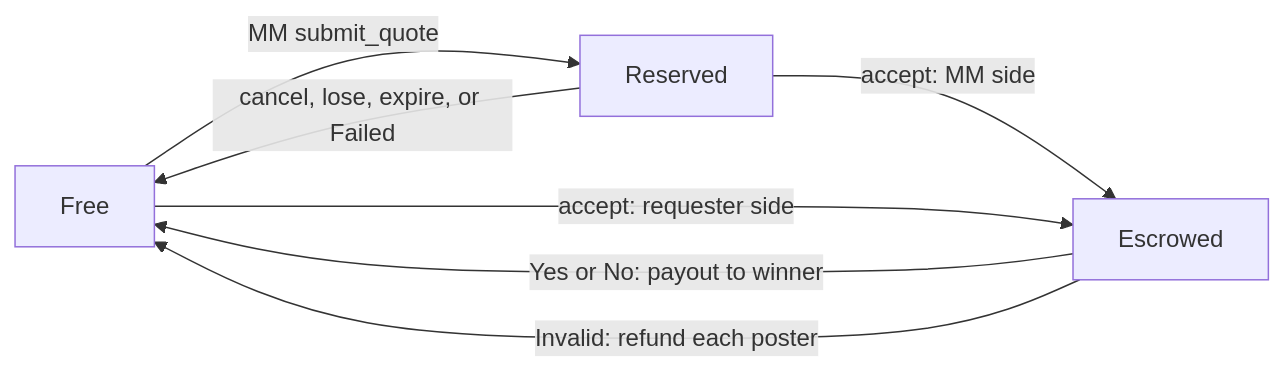
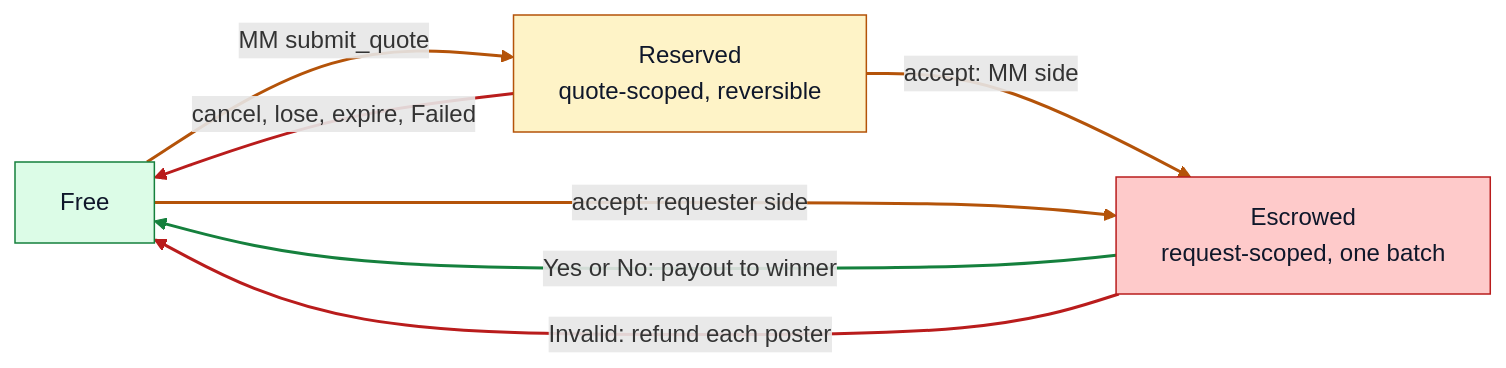
Before and after one commit to SwineCoder101/rfq-matching-settlement-engine: the fourth of 5 diagrams in docs/ARCHITECTURE.md, drawn with Mermaid. The commit also changed other lines of this file and 13 other files, not shown here.

````diff
--- a/docs/ARCHITECTURE.md
+++ b/docs/ARCHITECTURE.md
@@ -113,9 +119,23 @@
 ```mermaid
 flowchart LR
+    Free["Free"]
+    Reserved["Reserved<br/>quote-scoped, reversible"]
+    Escrowed["Escrowed<br/>request-scoped, one batch"]
+
     Free -->|"MM submit_quote"| Reserved
-    Reserved -->|"cancel, lose, expire, or Failed"| Free
+    Reserved -->|"cancel, lose, expire, Failed"| Free
     Reserved -->|"accept: MM side"| Escrowed
     Free -->|"accept: requester side"| Escrowed
     Escrowed -->|"Yes or No: payout to winner"| Free
     Escrowed -->|"Invalid: refund each poster"| Free
+
+    classDef free fill:#dcfce7,stroke:#15803d,color:#0f172a;
+    classDef held fill:#fef3c7,stroke:#b45309,color:#0f172a;
+    classDef locked fill:#fecaca,stroke:#b91c1c,color:#0f172a;
+    class Free free;
+    class Reserved held;
+    class Escrowed locked;
+    linkStyle 0,2,3 stroke:#b45309,stroke-width:2px;
+    linkStyle 1,5 stroke:#b91c1c,stroke-width:2px;
+    linkStyle 4 stroke:#15803d,stroke-width:2px;
 ```
````
